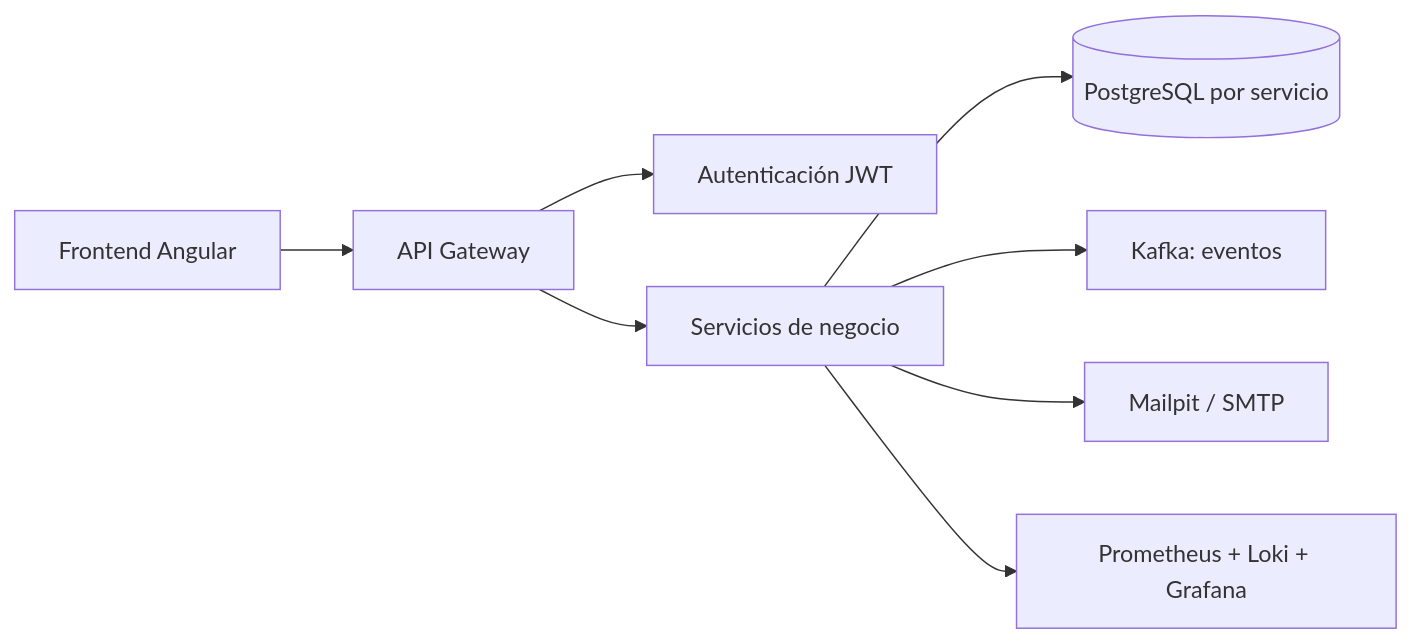
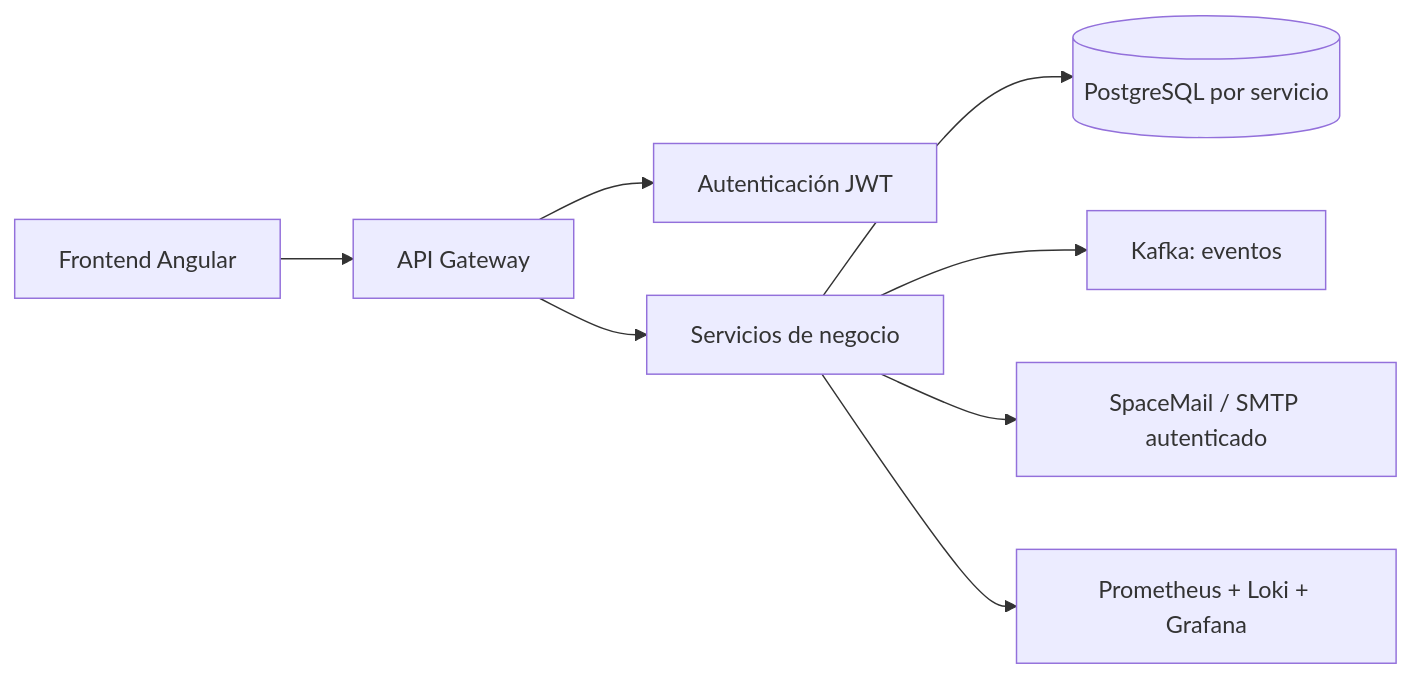
Before and after one commit to rbn-69-cod/MediZano_microservicios: the first of 3 diagrams in docs/index.md, drawn with Mermaid. The commit also changed other lines of this file and 7 other files, not shown here.

Commit message:
fix: use SpaceMail as the only mail transport

````diff
--- a/docs/index.md
+++ b/docs/index.md
@@ -56,10 +56,10 @@
 ```mermaid
 flowchart LR
     A[Frontend Angular] --> B[API Gateway]
     B --> C[Autenticación JWT]
     B --> D[Servicios de negocio]
     D --> E[(PostgreSQL por servicio)]
     D --> F[Kafka: eventos]
-    D --> G[Mailpit / SMTP]
+    D --> G[SpaceMail / SMTP autenticado]
     D --> H[Prometheus + Loki + Grafana]
 ```
````
